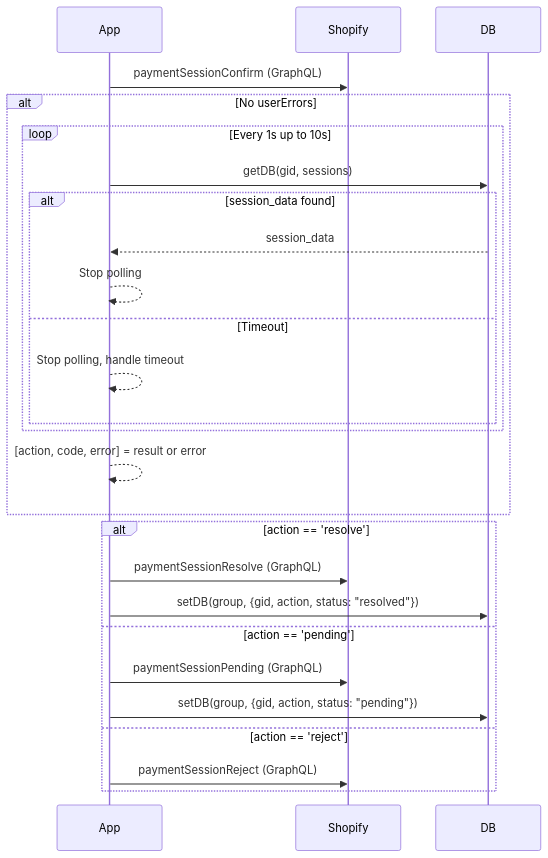
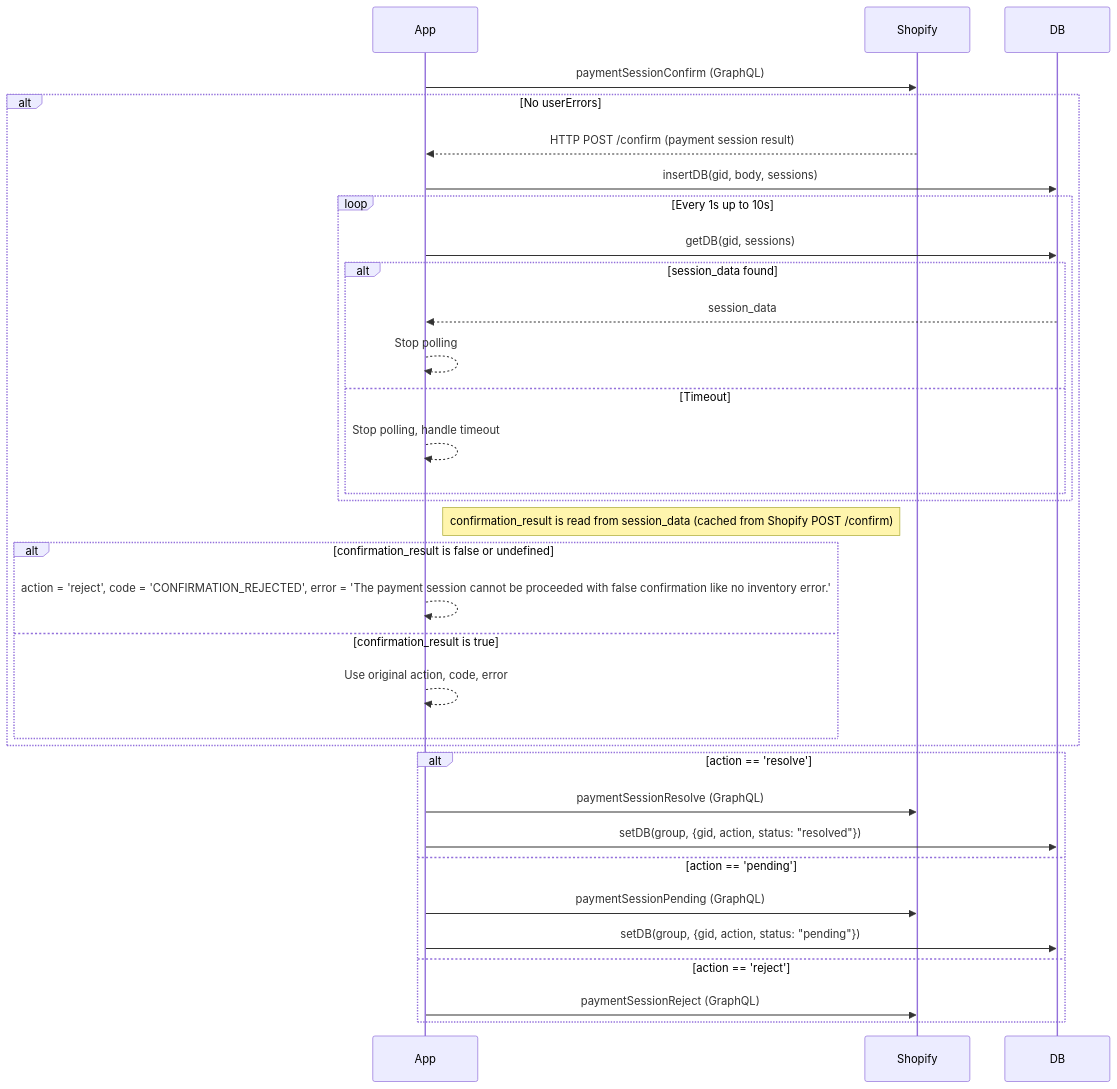
Before and after one commit to benzookapi/shopify-payments-app-sample: the diagram in docs/session_confirmation_process.md, drawn with Mermaid.

````diff
--- a/docs/session_confirmation_process.md
+++ b/docs/session_confirmation_process.md
@@ -1,25 +1,32 @@
 ```mermaid
 sequenceDiagram
     App->>Shopify: paymentSessionConfirm (GraphQL)
     alt No userErrors
+        Shopify-->>App: HTTP POST /confirm (payment session result)
+        App->>DB: insertDB(gid, body, sessions)
         loop Every 1s up to 10s
             App->>DB: getDB(gid, sessions)
             alt session_data found
                 DB-->>App: session_data
                 App-->>App: Stop polling
             else Timeout
                 App-->>App: Stop polling, handle timeout
             end
         end
-        App-->>App: [action, code, error] = result or error
+        Note right of App: confirmation_result is read from session_data (cached from Shopify POST /confirm)
+        alt confirmation_result is false or undefined
+            App-->>App: action = 'reject', code = 'CONFIRMATION_REJECTED', error = 'The payment session cannot be proceeded with false confirmation like no inventory error.'
+        else confirmation_result is true
+            App-->>App: Use original action, code, error
+        end
     end
     alt action == 'resolve'
         App->>Shopify: paymentSessionResolve (GraphQL)
         App->>DB: setDB(group, {gid, action, status: "resolved"})
     else action == 'pending'
         App->>Shopify: paymentSessionPending (GraphQL)
         App->>DB: setDB(group, {gid, action, status: "pending"})
     else action == 'reject'
         App->>Shopify: paymentSessionReject (GraphQL)
     end
 ```
````
